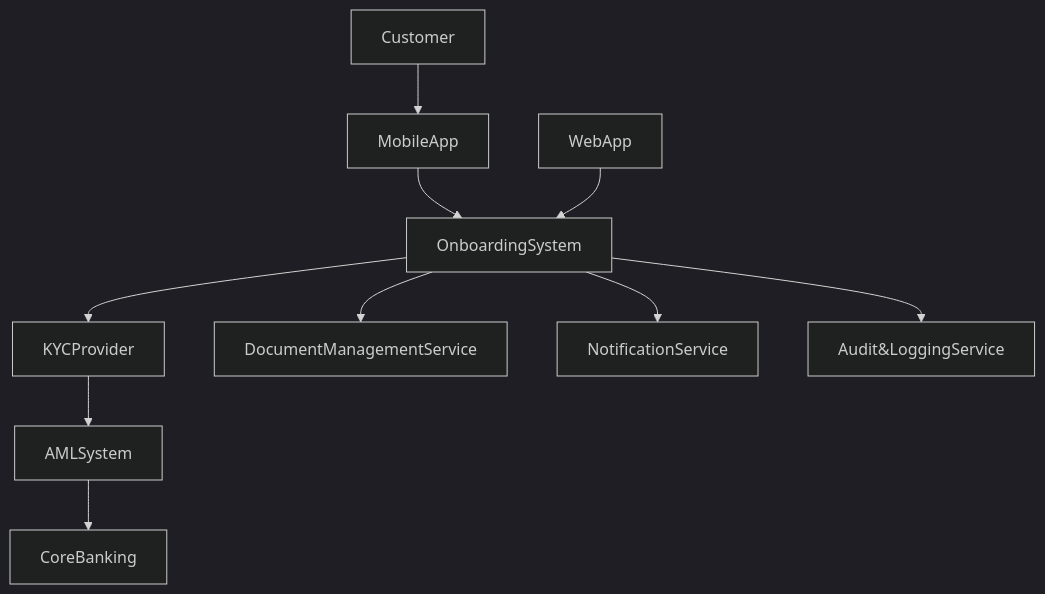
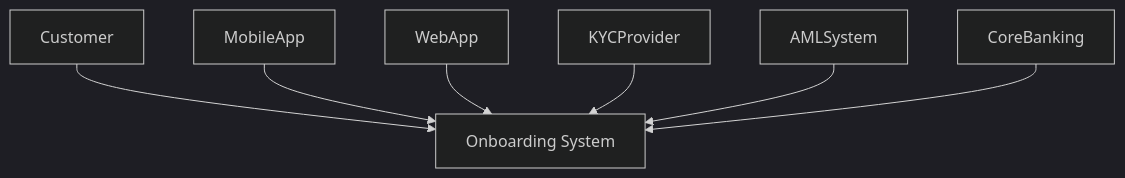
One commit to snawed/bank-architecture-ai changed the diagram in CustomerOnboarding/diagrams/C1.mmd. Above: the diagram before and after it, drawn with Mermaid (dark theme). The commit also changed 10 other files, not shown here.

Commit message:
arcg-1: AI generated C1 diagram

```diff
--- a/CustomerOnboarding/diagrams/C1.mmd
+++ b/CustomerOnboarding/diagrams/C1.mmd
@@ -1,10 +1,7 @@
 graph TD
-    Customer-->MobileApp
-    MobileApp-->OnboardingSystem
-    OnboardingSystem-->KYCProvider
-    KYCProvider-->AMLSystem
-    AMLSystem-->CoreBanking
-    WebApp-->OnboardingSystem
-    OnboardingSystem-->DocumentManagementService
-    OnboardingSystem-->NotificationService
-    OnboardingSystem-->Audit&LoggingService
+    Customer-->OnboardingSystem[Onboarding System]
+    MobileApp-->OnboardingSystem[Onboarding System]
+    WebApp-->OnboardingSystem[Onboarding System]
+    KYCProvider-->OnboardingSystem[Onboarding System]
+    AMLSystem-->OnboardingSystem[Onboarding System]
+    CoreBanking-->OnboardingSystem[Onboarding System]
```
